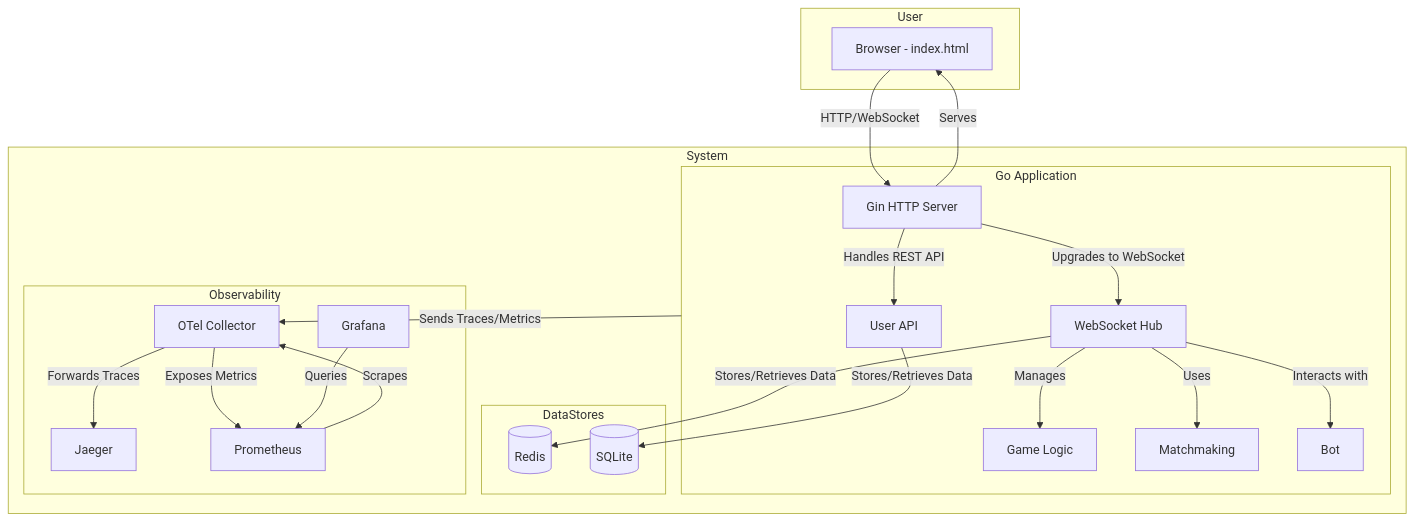
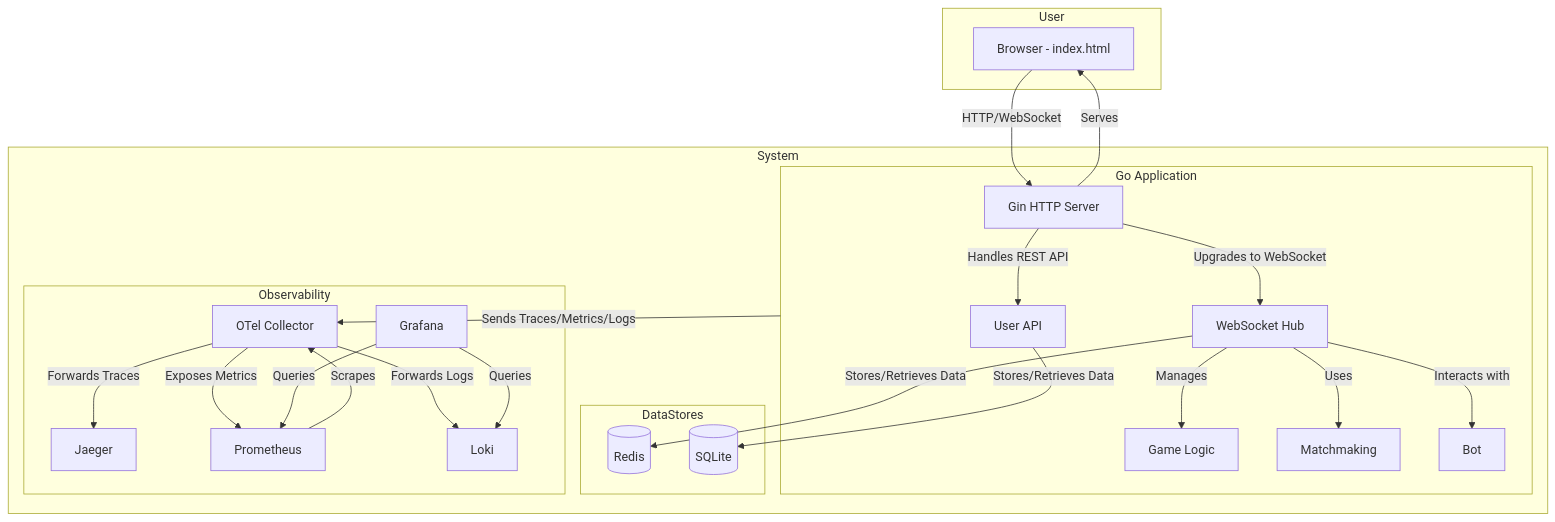
One commit to ctchen222/Tic-Tac-Toe changed the diagram in README.md. Above: the diagram before and after it, drawn with Mermaid.

Commit message:
docs: update README for logs

````diff
--- a/README.md
+++ b/README.md
@@ -47,47 +47,50 @@
 ```mermaid
 graph TD
     subgraph User
         Client[Browser - index.html]
     end
 
     subgraph System
         subgraph Backend [Go Application]
             Server[Gin HTTP Server]
             Hub[WebSocket Hub]
             GameLogic[Game Logic]
             Matchmaking[Matchmaking]
             Bot[Bot]
             UserAPI[User API]
         end
 
         subgraph DataStores
             Redis[(Redis)]
             SQLite[(SQLite)]
         end
 
         subgraph Observability
             Jaeger[Jaeger]
             Prometheus[Prometheus]
             Grafana[Grafana]
+            Loki[Loki]
             Otel[OTel Collector]
         end
     end
 
     Client -- HTTP/WebSocket --> Server
     Server -- Serves --> Client
     Server -- Handles REST API --> UserAPI
     Server -- Upgrades to WebSocket --> Hub
 
     Hub -- Manages --> GameLogic
     Hub -- Uses --> Matchmaking
     Hub -- Interacts with --> Bot
     Hub -- Stores/Retrieves Data --> Redis
 
     UserAPI -- Stores/Retrieves Data --> SQLite
 
-    Backend -- Sends Traces/Metrics --> Otel
+    Backend -- Sends Traces/Metrics/Logs --> Otel
     Otel -- Forwards Traces --> Jaeger
     Otel -- Exposes Metrics --> Prometheus
+    Otel -- Forwards Logs --> Loki
     Prometheus -- Scrapes --> Otel
     Grafana -- Queries --> Prometheus
+    Grafana -- Queries --> Loki
 ```
````
